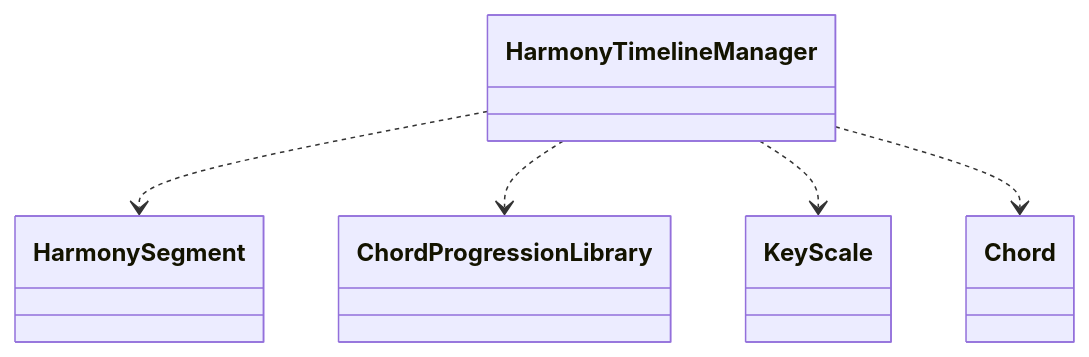
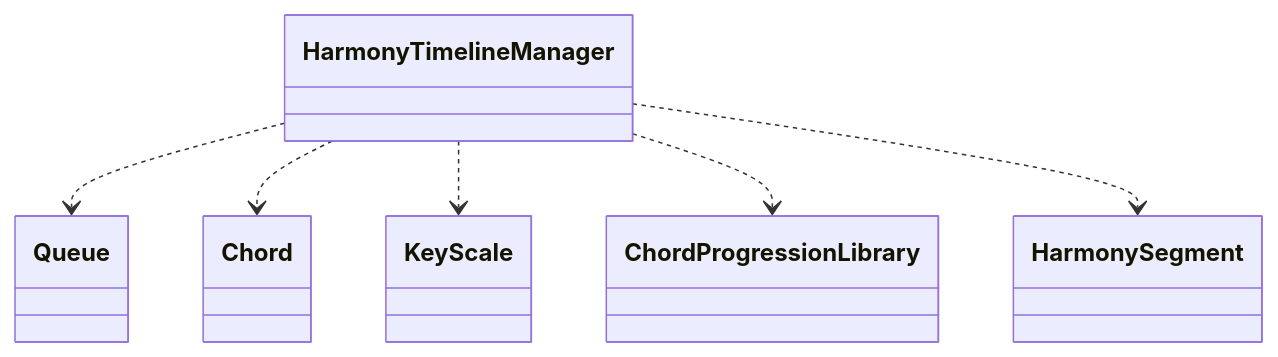
The eighth of 39 diagrams in test/test.md (schnock-art/project_inspector), drawn with Mermaid before and after one commit. The commit also changed other lines of this file and 3 other files, not shown here.

````diff
--- a/test/test.md
+++ b/test/test.md
@@ -277,7 +252,8 @@
 ```mermaid
 classDiagram
+HarmonyTimelineManager ..> Queue
+HarmonyTimelineManager ..> Chord
+HarmonyTimelineManager ..> KeyScale
+HarmonyTimelineManager ..> ChordProgressionLibrary
 HarmonyTimelineManager ..> HarmonySegment
-HarmonyTimelineManager ..> ChordProgressionLibrary
-HarmonyTimelineManager ..> KeyScale
-HarmonyTimelineManager ..> Chord
 ```
````
